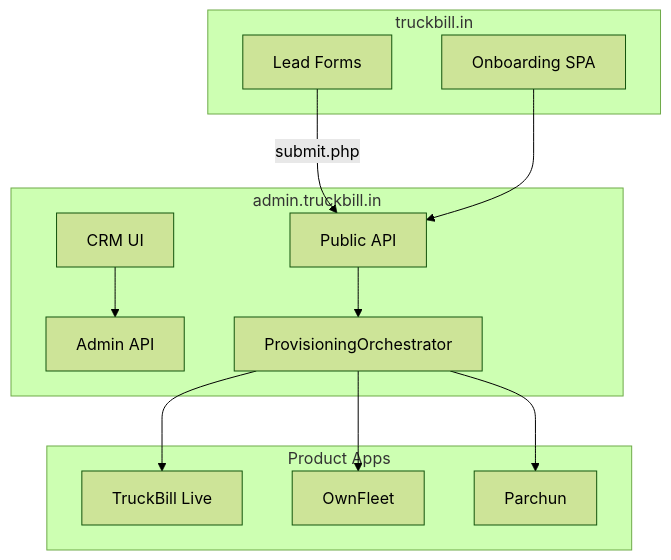
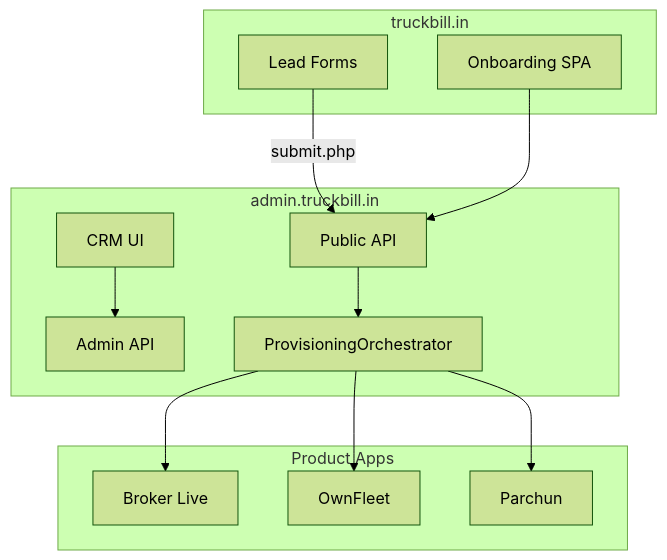
One commit to taldartech/truckbill_admin changed the diagram in docs/architecture.md. Above: the diagram before and after it, drawn with Mermaid (forest theme). The commit also changed 14 other files, not shown here.

````diff
--- a/docs/architecture.md
+++ b/docs/architecture.md
@@ -5,28 +5,28 @@
 ```mermaid
 flowchart TB
     subgraph website [truckbill.in]
         Forms[Lead Forms]
         OnboardUI[Onboarding SPA]
     end
 
     subgraph admin [admin.truckbill.in]
         CRM[CRM UI]
         PublicAPI[Public API]
         AdminAPI[Admin API]
         Orchestrator[ProvisioningOrchestrator]
     end
 
     subgraph products [Product Apps]
-        TB[TruckBill Live]
+        TB[Broker Live]
         OF[OwnFleet]
         PL[Parchun]
     end
 
     Forms -->|submit.php| PublicAPI
     OnboardUI --> PublicAPI
     CRM --> AdminAPI
     PublicAPI --> Orchestrator
     Orchestrator --> TB
     Orchestrator --> OF
     Orchestrator --> PL
 ```
````
